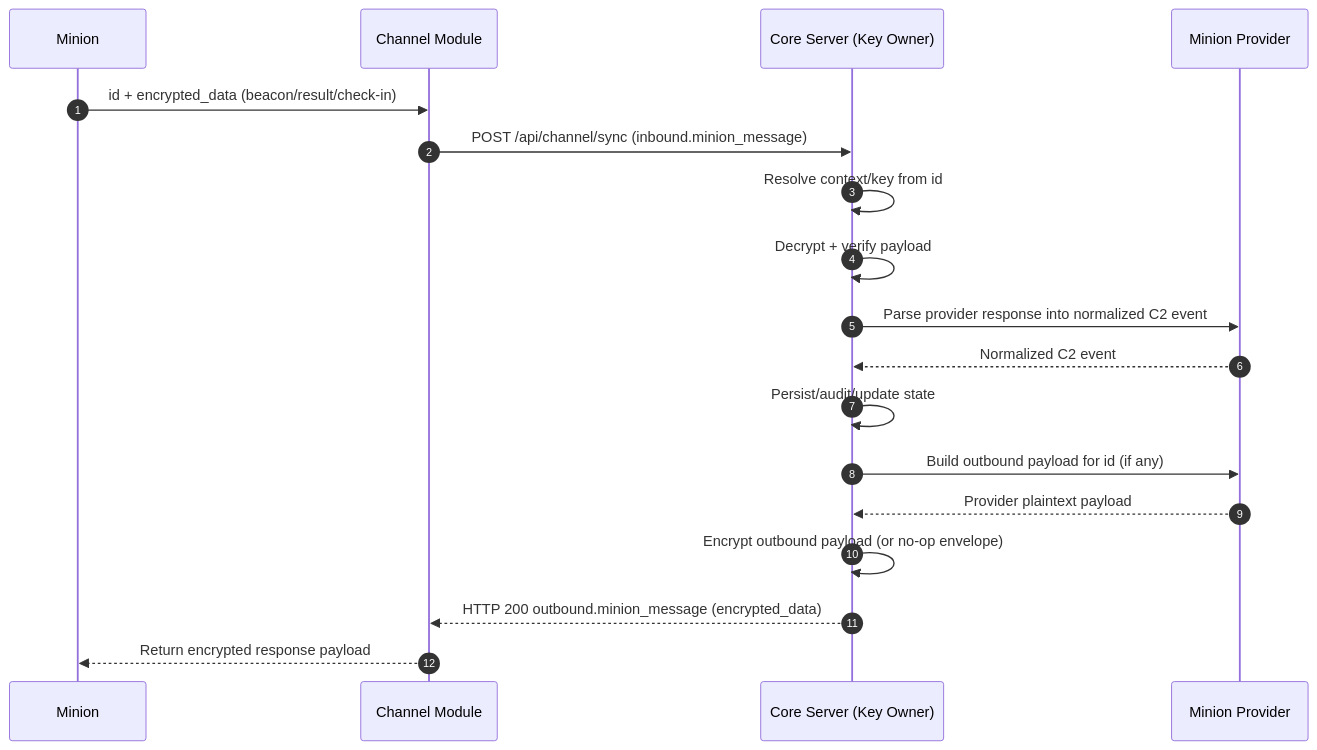
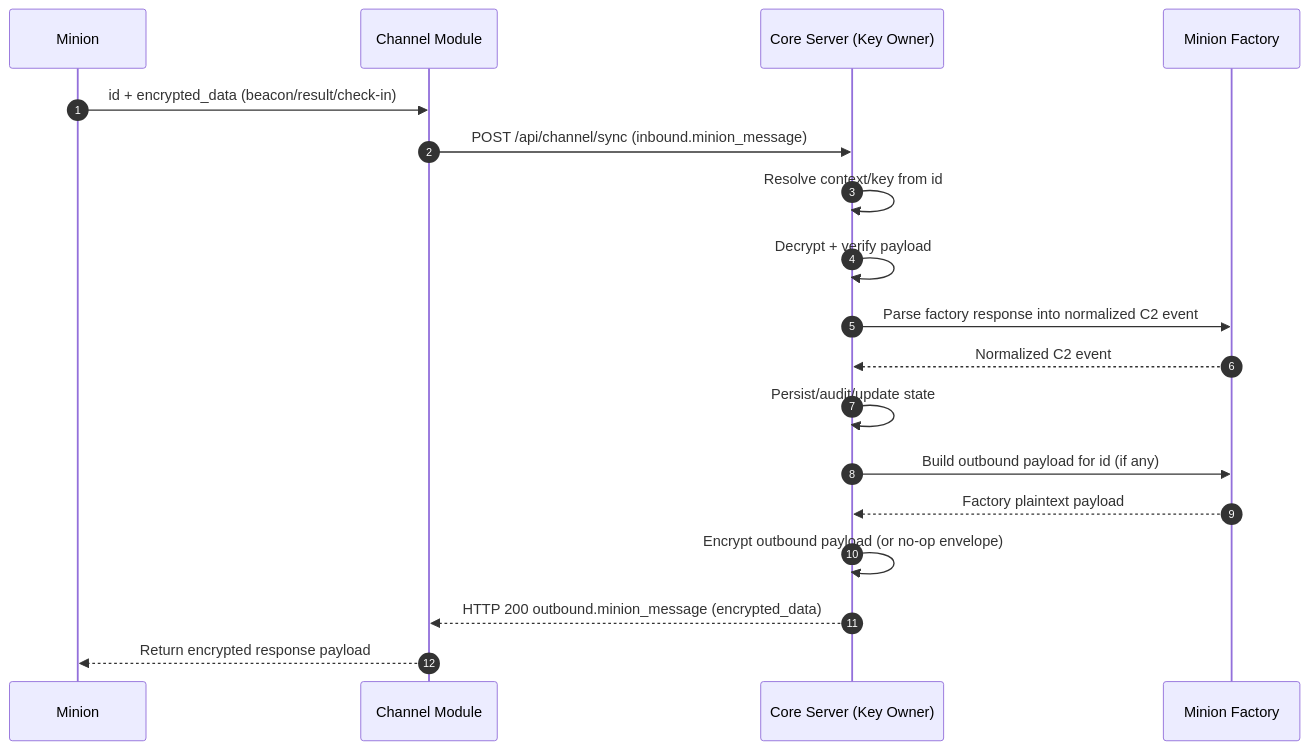
One commit to vibe-c2/vibe-c2-docs changed the diagram in src/content/docs/message-flow-full.md. Above: the diagram before and after it, drawn with Mermaid. The commit also changed other lines of this file and 6 other files, not shown here.

Commit message:
docs: rename "minion provider" to "minion factory"

````diff
--- a/src/content/docs/message-flow-full.md
+++ b/src/content/docs/message-flow-full.md
@@ -14,22 +14,22 @@
 ```mermaid
 sequenceDiagram
     autonumber
     participant I as Minion
     participant CH as Channel Module
     participant CS as Core Server (Key Owner)
-    participant IP as Minion Provider
+    participant IP as Minion Factory
 
     I->>CH: id + encrypted_data (beacon/result/check-in)
     CH->>CS: POST /api/channel/sync (inbound.minion_message)
     CS->>CS: Resolve context/key from id
     CS->>CS: Decrypt + verify payload
-    CS->>IP: Parse provider response into normalized C2 event
+    CS->>IP: Parse factory response into normalized C2 event
     IP-->>CS: Normalized C2 event
     CS->>CS: Persist/audit/update state
 
     CS->>IP: Build outbound payload for id (if any)
-    IP-->>CS: Provider plaintext payload
+    IP-->>CS: Factory plaintext payload
     CS->>CS: Encrypt outbound payload (or no-op envelope)
     CS-->>CH: HTTP 200 outbound.minion_message (encrypted_data)
     CH-->>I: Return encrypted response payload
 ```
````
